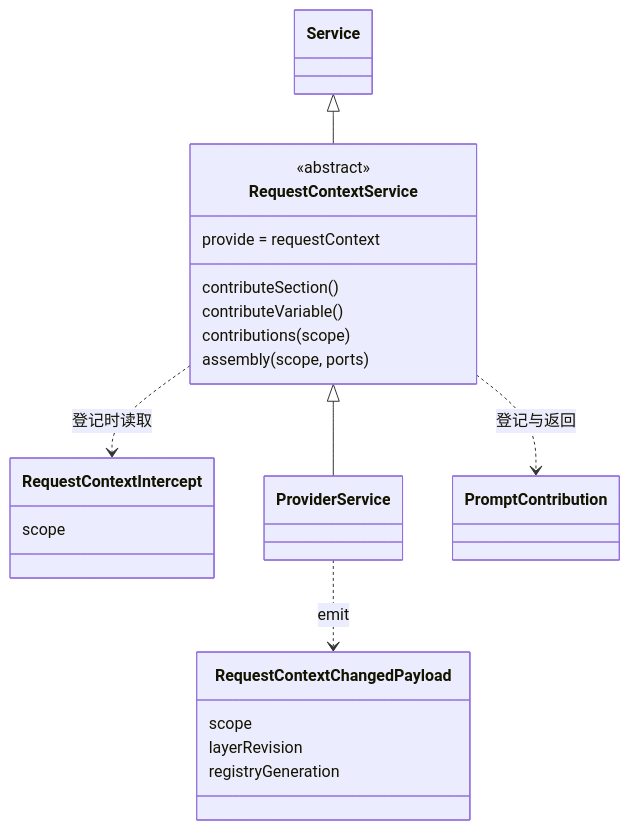
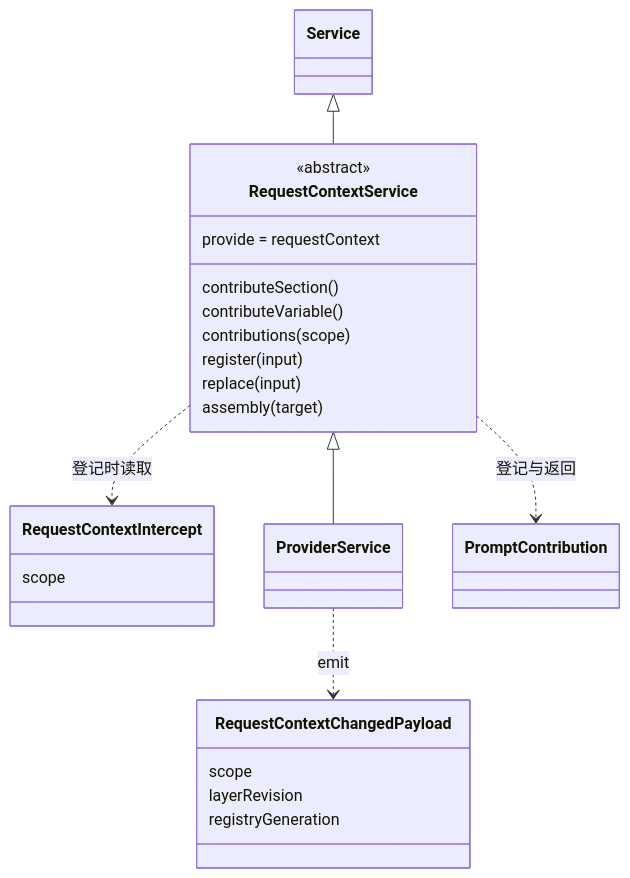
One commit to nemori-ai/omne-harness-lite changed the diagram in packages/context/request-context-cordis-contract/docs/object-model.md. Above: the diagram before and after it, drawn with Mermaid. The commit also changed other lines of this file and 114 other files, not shown here.

````diff
--- a/packages/context/request-context-cordis-contract/docs/object-model.md
+++ b/packages/context/request-context-cordis-contract/docs/object-model.md
@@ -15,27 +15,29 @@
 ```mermaid
 classDiagram
   class Service
   class RequestContextService {
     <<abstract>>
     provide = requestContext
     contributeSection()
     contributeVariable()
     contributions(scope)
-    assembly(scope, ports)
+    register(input)
+    replace(input)
+    assembly(target)
   }
   class RequestContextIntercept {
     scope
   }
   class RequestContextChangedPayload {
     scope
     layerRevision
     registryGeneration
   }
   class ProviderService
   class PromptContribution
   Service <|-- RequestContextService
   RequestContextService <|-- ProviderService
   RequestContextService ..> RequestContextIntercept : 登记时读取
   RequestContextService ..> PromptContribution : 登记与返回
   ProviderService ..> RequestContextChangedPayload : emit
 ```
````
